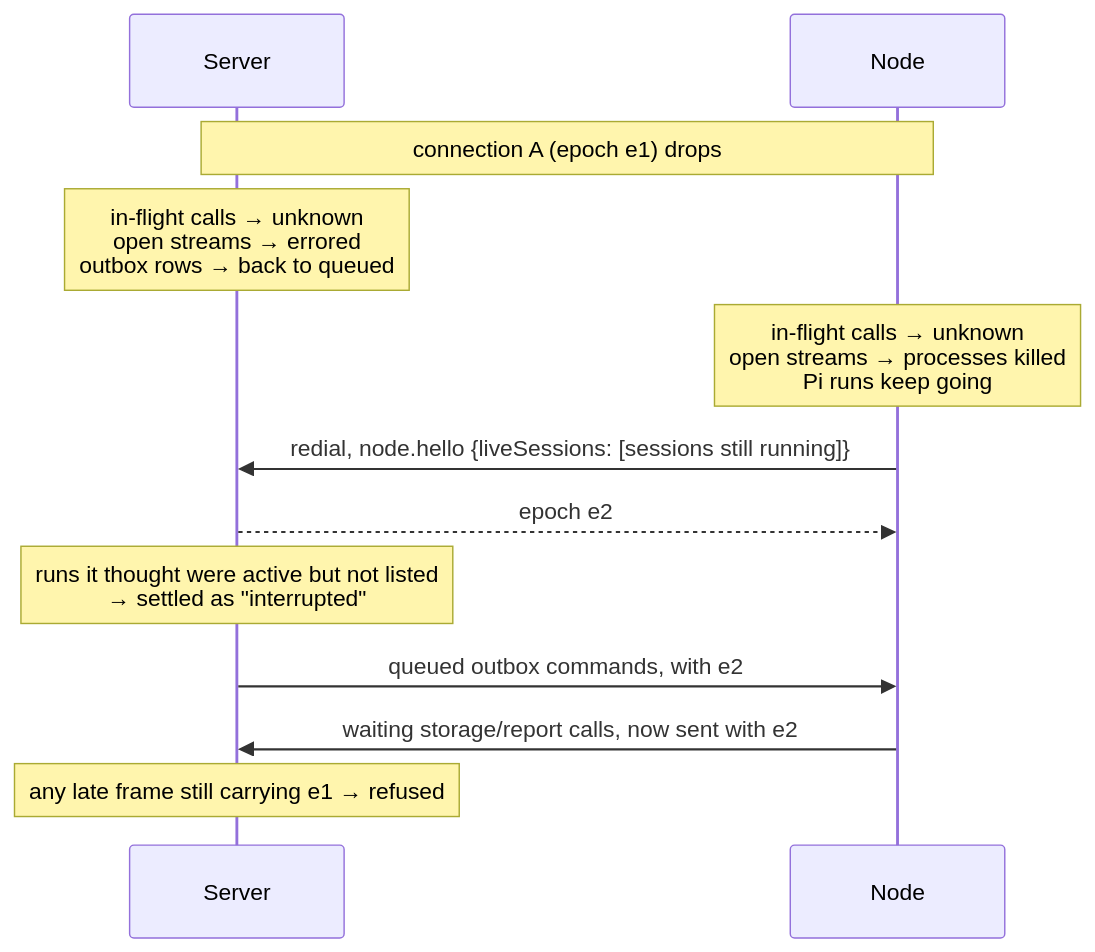
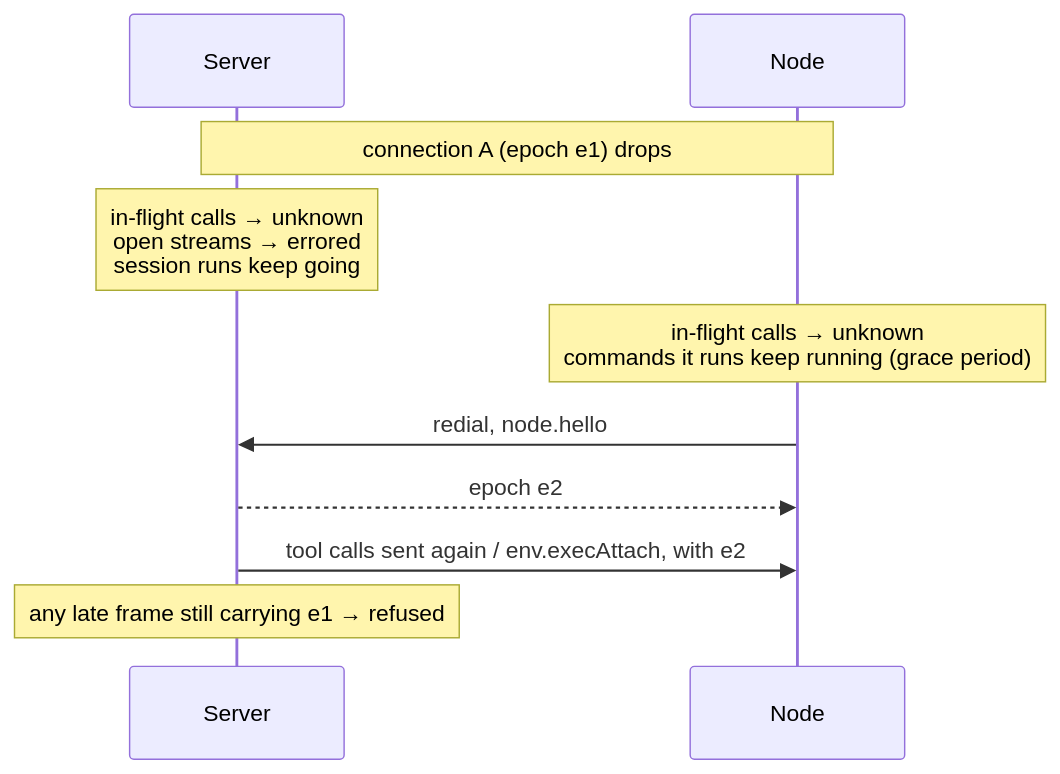
The ninth of 9 diagrams in docs/dev/node-transport.md (willtcarey/reins), drawn with Mermaid before and after one commit. The commit also changed other lines of this file and 94 other files, not shown here.

````diff
--- a/docs/dev/node-transport.md
+++ b/docs/dev/node-transport.md
@@ -560,14 +549,12 @@
 ```mermaid
 sequenceDiagram
     participant S as Server
     participant N as Node
     Note over S,N: connection A (epoch e1) drops
-    Note over S: in-flight calls → unknown<br/>open streams → errored<br/>outbox rows → back to queued
-    Note over N: in-flight calls → unknown<br/>open streams → processes killed<br/>Pi runs keep going
-    N->>S: redial, node.hello {liveSessions: [sessions still running]}
+    Note over S: in-flight calls → unknown<br/>open streams → errored<br/>session runs keep going
+    Note over N: in-flight calls → unknown<br/>commands it runs keep running (grace period)
+    N->>S: redial, node.hello
     S-->>N: epoch e2
-    Note over S: runs it thought were active but not listed<br/>→ settled as "interrupted"
-    S->>N: queued outbox commands, with e2
-    N->>S: waiting storage/report calls, now sent with e2
+    S->>N: tool calls sent again / env.execAttach, with e2
     Note over S: any late frame still carrying e1 → refused
 ```
````
